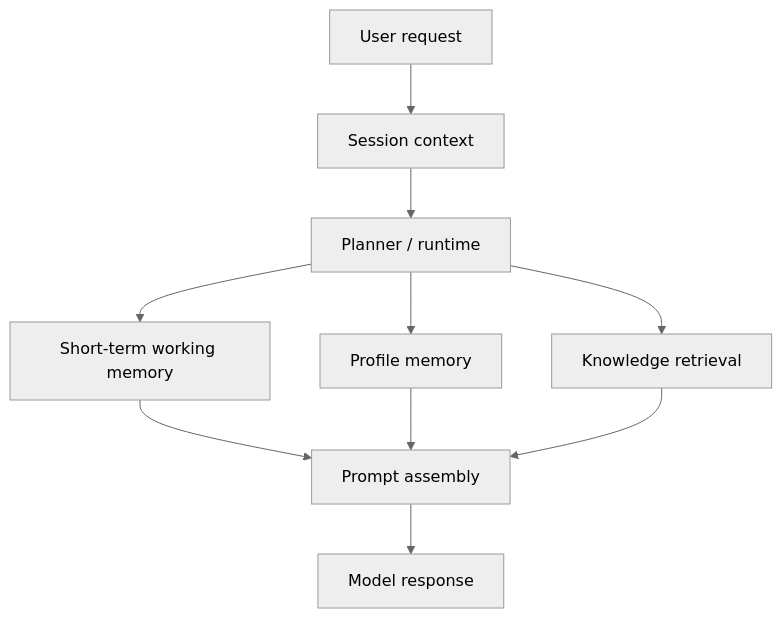
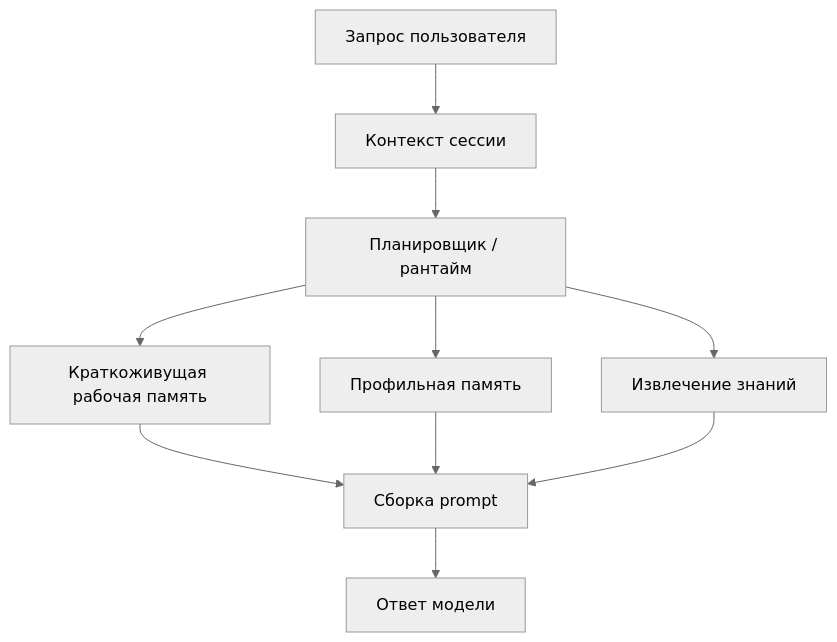
Before and after one commit to agent-axiom/agent-arch: the diagram in docs/book/part-iii/chapter-5.md, drawn with Mermaid (neutral theme). The commit also changed other lines of this file and 2 other files, not shown here.

Commit message:
Rewrite chapter 5 around persistent memory failures

````diff
--- a/docs/book/part-iii/chapter-5.md
+++ b/docs/book/part-iii/chapter-5.md
@@ -29,12 +60,12 @@
 ``` mermaid
 flowchart TD
-    A["User request"] --> B["Session context"]
-    B --> C["Planner / runtime"]
-    C --> D["Short-term working memory"]
-    C --> E["Profile memory"]
-    C --> F["Knowledge retrieval"]
-    D --> G["Prompt assembly"]
+    A["Запрос пользователя"] --> B["Контекст сессии"]
+    B --> C["Планировщик / рантайм"]
+    C --> D["Краткоживущая рабочая память"]
+    C --> E["Профильная память"]
+    C --> F["Извлечение знаний"]
+    D --> G["Сборка prompt"]
     E --> G
     F --> G
-    G --> H["Model response"]
+    G --> H["Ответ модели"]
 ```
````
